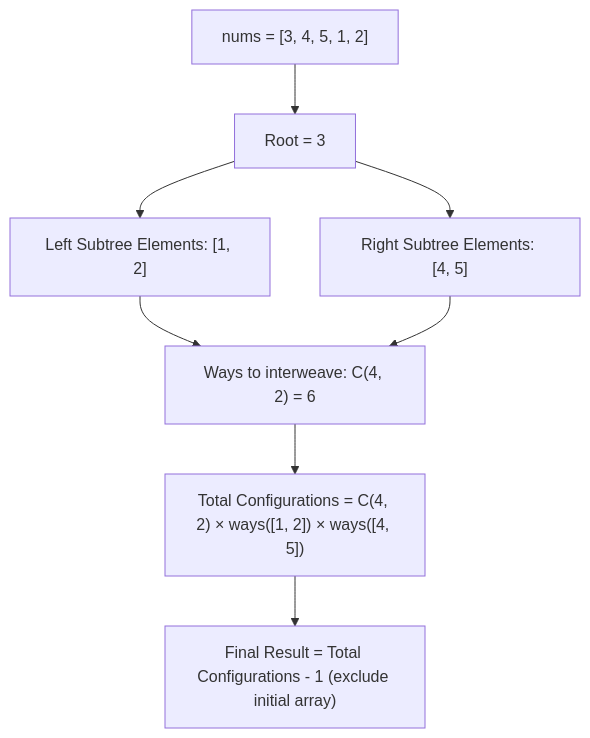
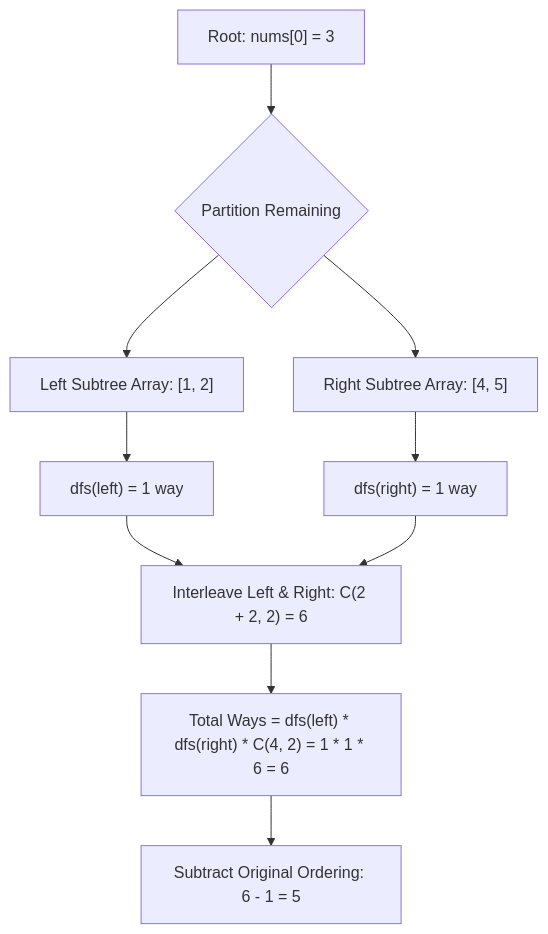
The diagram in 01-Arrays-and-Hashing/1569. Number of Ways to Reorder Array to Get Same BST/README.md (Incarnate-Jayatu/LeetCode), drawn with Mermaid before and after one commit. The commit also changed other lines of this file, not shown here.

Commit message:
Docs: Added Problem Description and AI Explanation for 1569. Number of Ways to Reorder Array to Get Same BST - Leet2Hub

````diff
--- a/01-Arrays-and-Hashing/1569. Number of Ways to Reorder Array to Get Same BST/README.md
+++ b/01-Arrays-and-Hashing/1569. Number of Ways to Reorder Array to Get Same BST/README.md
@@ -69,12 +67,15 @@
 ```mermaid
-graph TD
-    A["nums = [3, 4, 5, 1, 2]"] --> B["Root = 3"]
-    B --> C["Left Subtree Elements: [1, 2]"]
-    B --> D["Right Subtree Elements: [4, 5]"]
+flowchart TD
+    Root["Root: nums[0] = 3"] --> Split{"Partition Remaining"}
+    Split --> Left["Left Subtree Array: [1, 2]"]
+    Split --> Right["Right Subtree Array: [4, 5]"]
     
-    C --> E["Ways to interweave: C(4, 2) = 6"]
-    D --> E
+    Left --> RecL["dfs(left) = 1 way"]
+    Right --> RecR["dfs(right) = 1 way"]
     
-    E --> F["Total Configurations = C(4, 2) × ways([1, 2]) × ways([4, 5])"]
-    F --> G["Final Result = Total Configurations - 1 (exclude initial array)"]
+    RecL --> Combine["Interleave Left & Right: C(2 + 2, 2) = 6"]
+    RecR --> Combine
+    
+    Combine --> Total["Total Ways = dfs(left) * dfs(right) * C(4, 2) = 1 * 1 * 6 = 6"]
+    Total --> Sub["Subtract Original Ordering: 6 - 1 = 5"]
 ```
````
